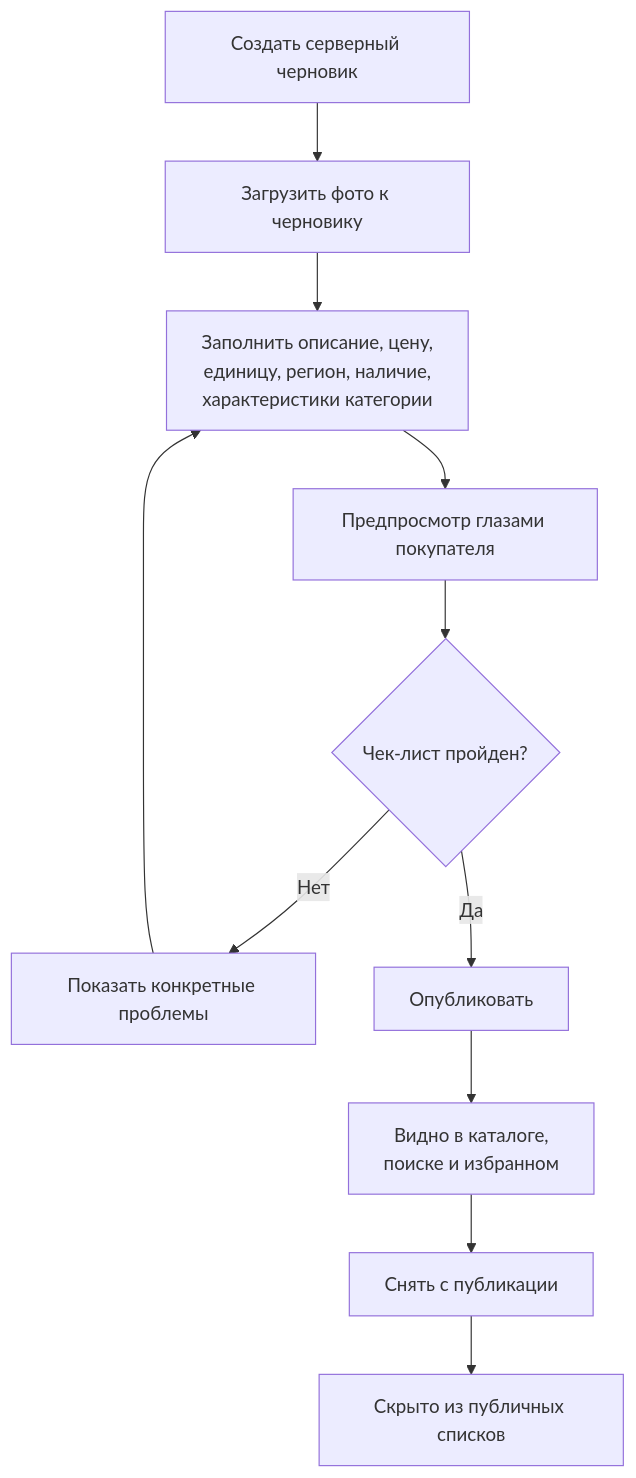
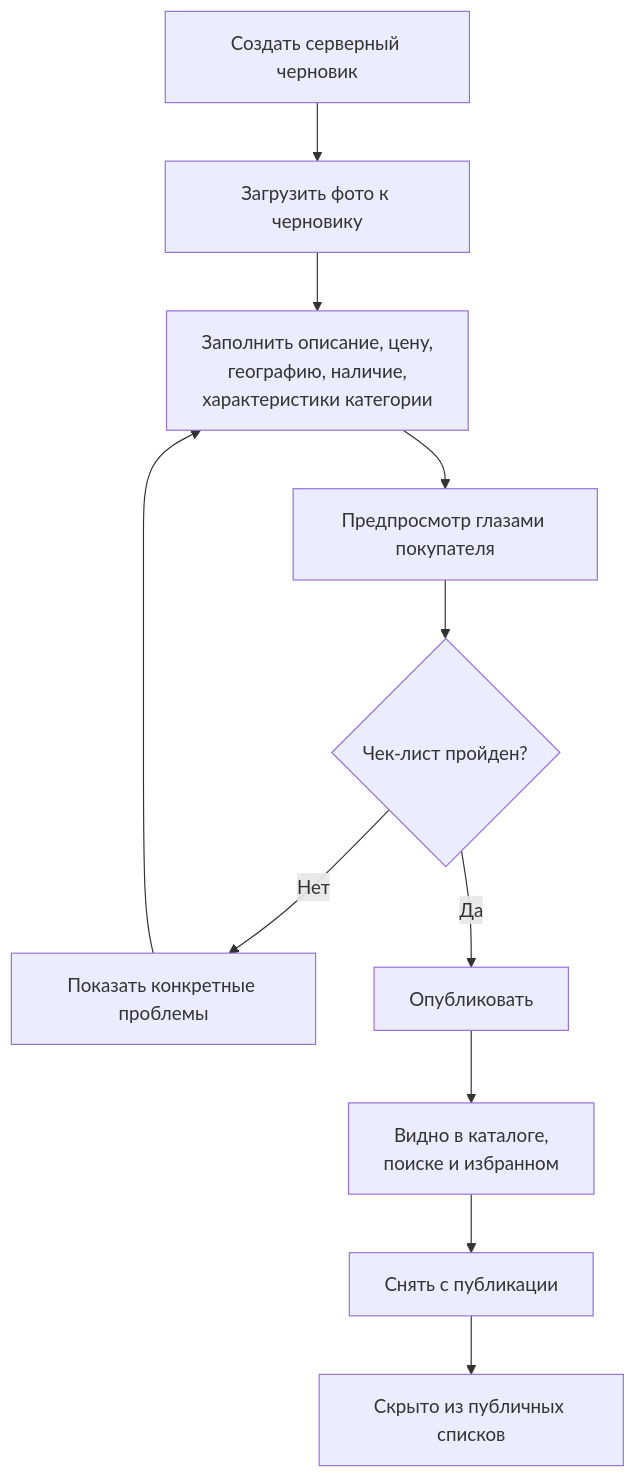
One commit to bullbashechka/AgroMarketKZ changed the fourth of 4 diagrams in USER_FLOW.md. Above: the diagram before and after it, drawn with Mermaid. The commit also changed other lines of this file and 55 other files, not shown here.

````diff
--- a/USER_FLOW.md
+++ b/USER_FLOW.md
@@ -76,13 +79,13 @@
 ```mermaid
 flowchart TD
 Create[Создать серверный черновик] --> Upload[Загрузить фото к черновику]
-Upload --> Edit[Заполнить описание, цену,<br/>единицу, регион, наличие,<br/>характеристики категории]
+Upload --> Edit[Заполнить описание, цену,<br/>географию, наличие,<br/>характеристики категории]
 Edit --> Preview[Предпросмотр глазами покупателя]
 Preview --> Check{Чек-лист пройден?}
 Check -->|Нет| Issues[Показать конкретные проблемы]
 Issues --> Edit
 Check -->|Да| Publish[Опубликовать]
 Publish --> Catalog[Видно в каталоге,<br/>поиске и избранном]
 Catalog --> Archive[Снять с публикации]
 Archive --> Hidden[Скрыто из публичных списков]
 ```
````
